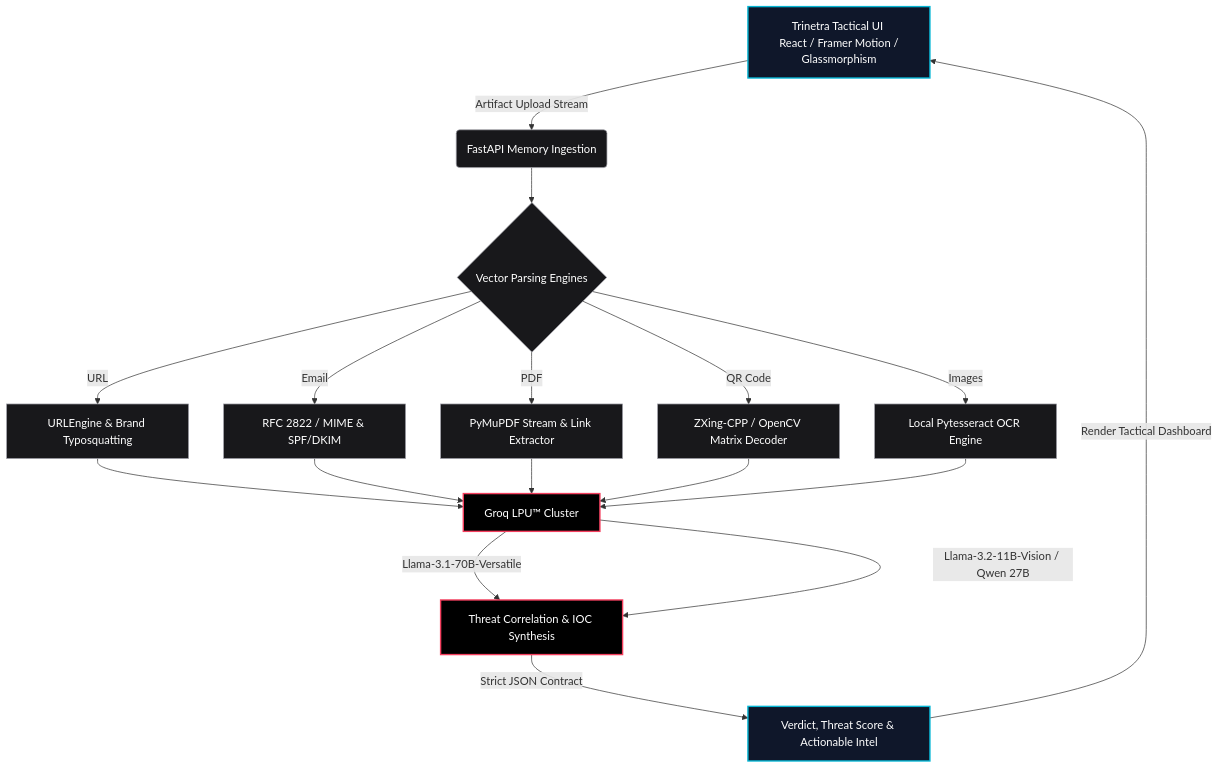
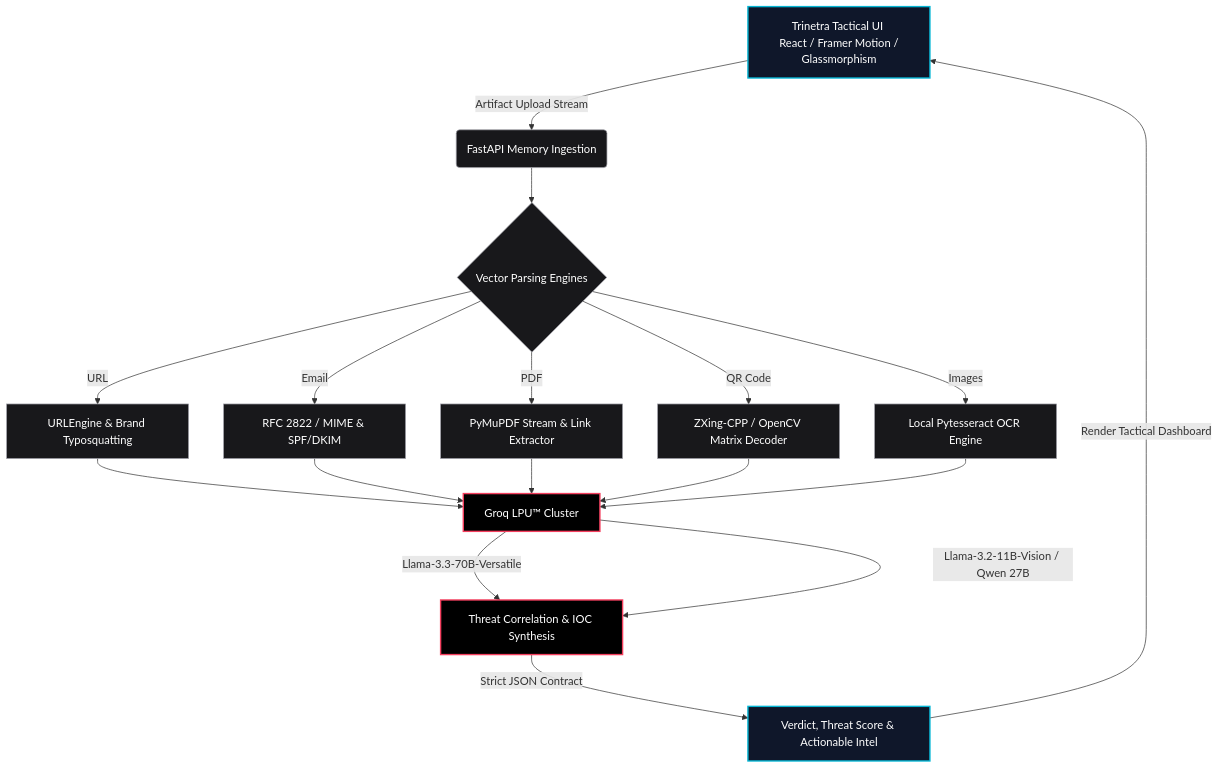
The diagram in README.md (prasad-sec/TRINETRA), drawn with Mermaid before and after one commit. The commit also changed other lines of this file and 9 other files, not shown here.

````diff
--- a/README.md
+++ b/README.md
@@ -17,30 +17,30 @@
 ```mermaid
 graph TD
     %% Frontend Layer
     A[Trinetra Tactical UI <br/> React / Framer Motion / Glassmorphism] -->|Artifact Upload Stream| B(FastAPI Memory Ingestion)
     
     %% Processing Layer (Edge Deterministic Parsing)
     B --> C{Vector Parsing Engines}
     C -->|URL| D[URLEngine & Brand Typosquatting]
     C -->|Email| E[RFC 2822 / MIME & SPF/DKIM]
     C -->|PDF| F[PyMuPDF Stream & Link Extractor]
     C -->|QR Code| G[ZXing-CPP / OpenCV Matrix Decoder]
     C -->|Images| H[Local Pytesseract OCR Engine]
     
     %% AI Intelligence Layer
     D & E & F & G --> I[Groq LPU™ Cluster]
     H --> I
-    I -->|Llama-3.1-70B-Versatile| J[Threat Correlation & IOC Synthesis]
+    I -->|Llama-3.3-70B-Versatile| J[Threat Correlation & IOC Synthesis]
     I -->|Llama-3.2-11B-Vision / Qwen 27B| J
     
     %% Output Layer
     J -->|Strict JSON Contract| K[Verdict, Threat Score & Actionable Intel]
     K -->|Render Tactical Dashboard| A
     
     classDef frontend fill:#0f172a,stroke:#06b6d4,stroke-width:2px,color:#fff
     classDef backend fill:#18181b,stroke:#a1a1aa,stroke-width:1px,color:#fff
     classDef ai fill:#000000,stroke:#f43f5e,stroke-width:2px,color:#fff
     class A,K frontend
     class B,C,D,E,F,G,H backend
     class I,J ai
 ```
````
